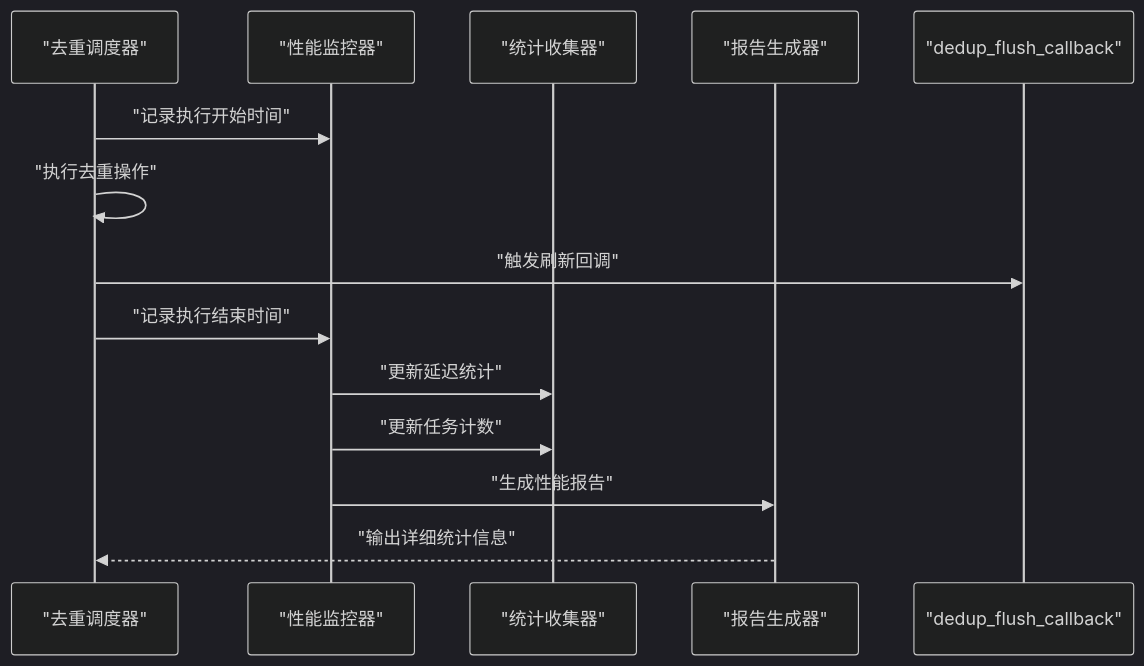
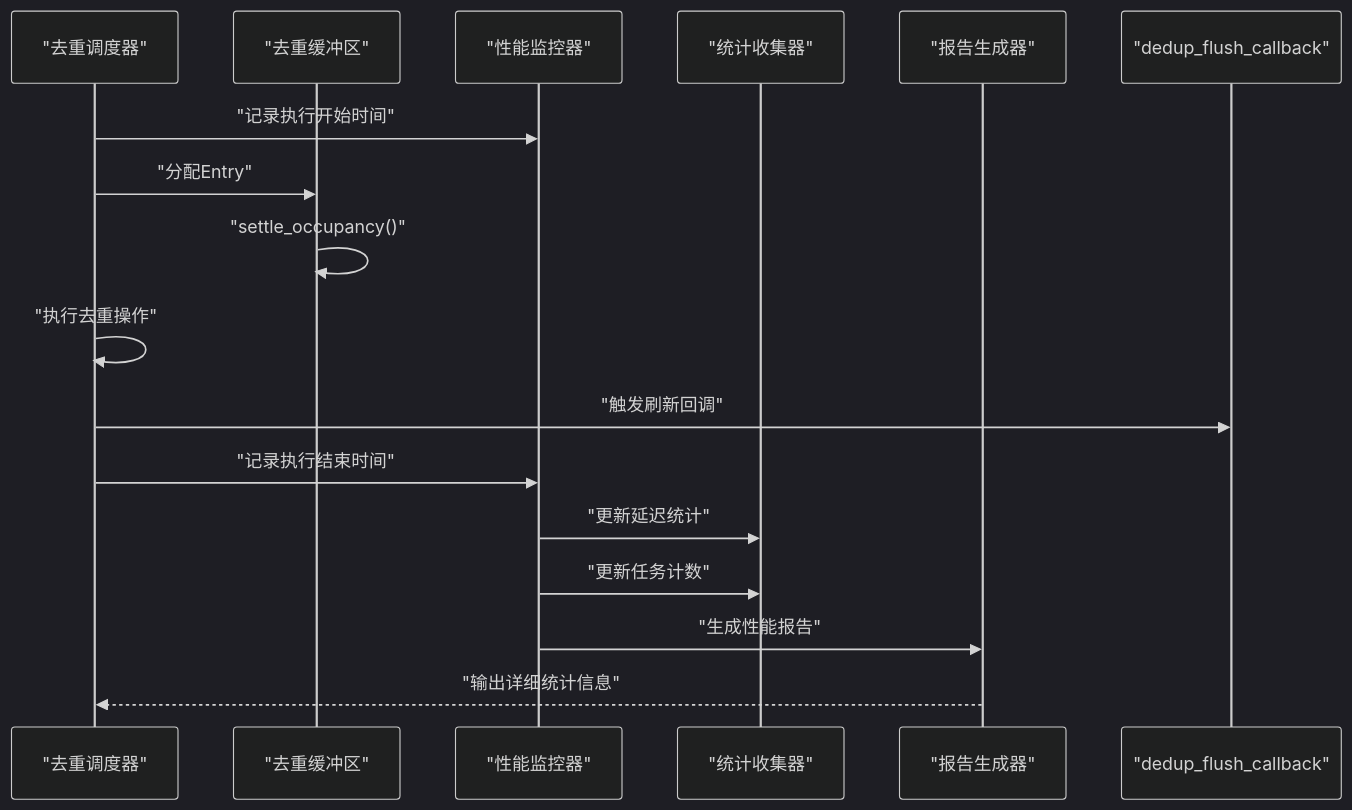
Before and after one commit to jiangjiang1122/iommu_model_20260401_v1: diagram 11 of 12 in .qoder/repowiki/zh/content/缓存系统/Dedup缓存（去重缓存）.md, drawn with Mermaid (dark theme). The commit also changed other lines of this file and 159 other files, not shown here.

Commit message:
chore: 更新知识库文档 + 新增PTW并发分析图表与数据文件

````diff
--- a/.qoder/repowiki/zh/content/缓存系统/Dedup缓存（去重缓存）.md
+++ b/.qoder/repowiki/zh/content/缓存系统/Dedup缓存（去重缓存）.md
@@ -646,16 +727,19 @@
 ```mermaid
 sequenceDiagram
 participant 调度器 as "去重调度器"
+participant 缓冲区 as "去重缓冲区"
 participant 监控 as "性能监控器"
 participant 统计 as "统计收集器"
 participant 报告 as "报告生成器"
 participant 回调 as "dedup_flush_callback"
 调度器->>监控 : "记录执行开始时间"
+调度器->>缓冲区 : "分配Entry"
+缓冲区->>缓冲区 : "settle_occupancy()"
 调度器->>调度器 : "执行去重操作"
 调度器->>回调 : "触发刷新回调"
 调度器->>监控 : "记录执行结束时间"
 监控->>统计 : "更新延迟统计"
 监控->>统计 : "更新任务计数"
 监控->>报告 : "生成性能报告"
 报告-->>调度器 : "输出详细统计信息"
 ```
````
